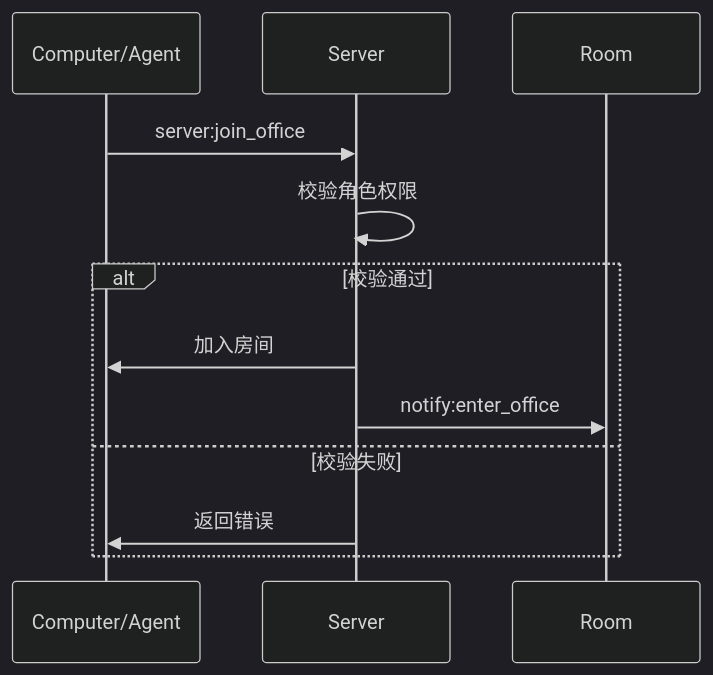
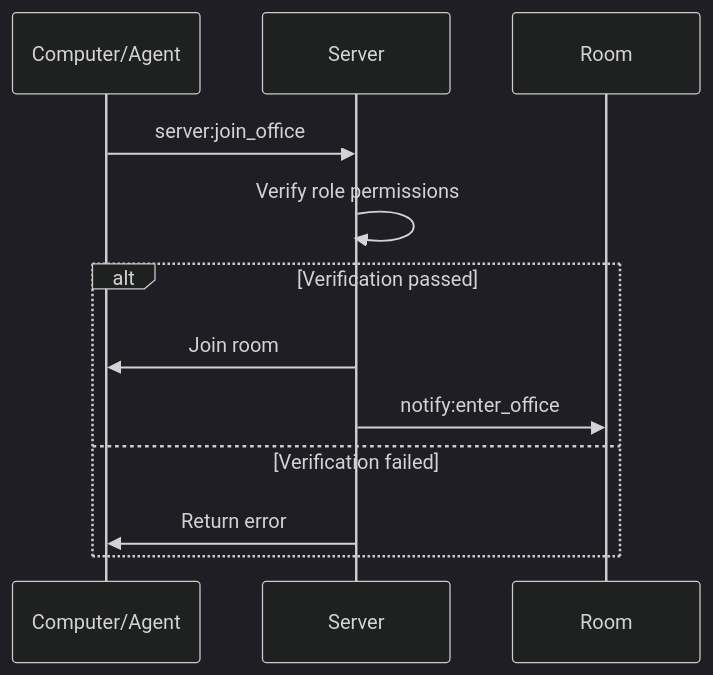
One commit to A2C-SMCP/.github changed the fifth of 7 diagrams in profile/README.md. Above: the diagram before and after it, drawn with Mermaid (dark theme). The commit also changed other lines of this file and 2 other files, not shown here.

````diff
--- a/profile/README.md
+++ b/profile/README.md
@@ -138,13 +142,13 @@
    ```mermaid
    sequenceDiagram
        participant C as Computer/Agent
        participant S as Server
        C->>S: server:join_office
-       S->>S: 校验角色权限
-       alt 校验通过
-           S->>C: 加入房间
+       S->>S: Verify role permissions
+       alt Verification passed
+           S->>C: Join room
            S->>Room: notify:enter_office
-       else 校验失败
-           S->>C: 返回错误
+       else Verification failed
+           S->>C: Return error
        end
    ```
````
